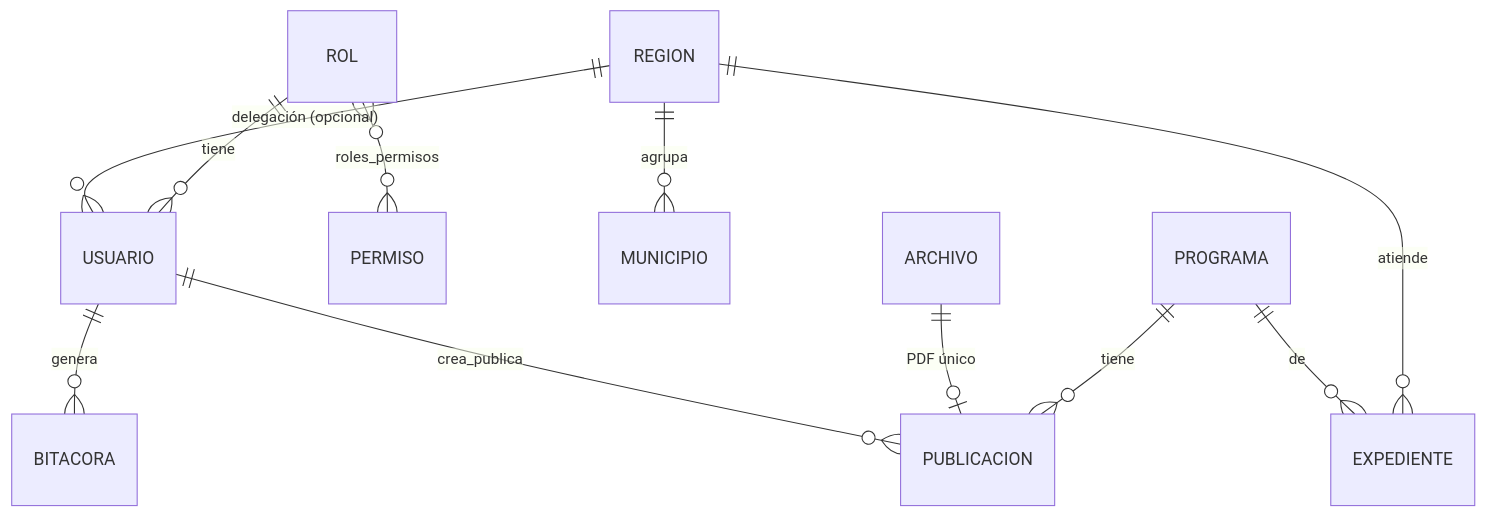
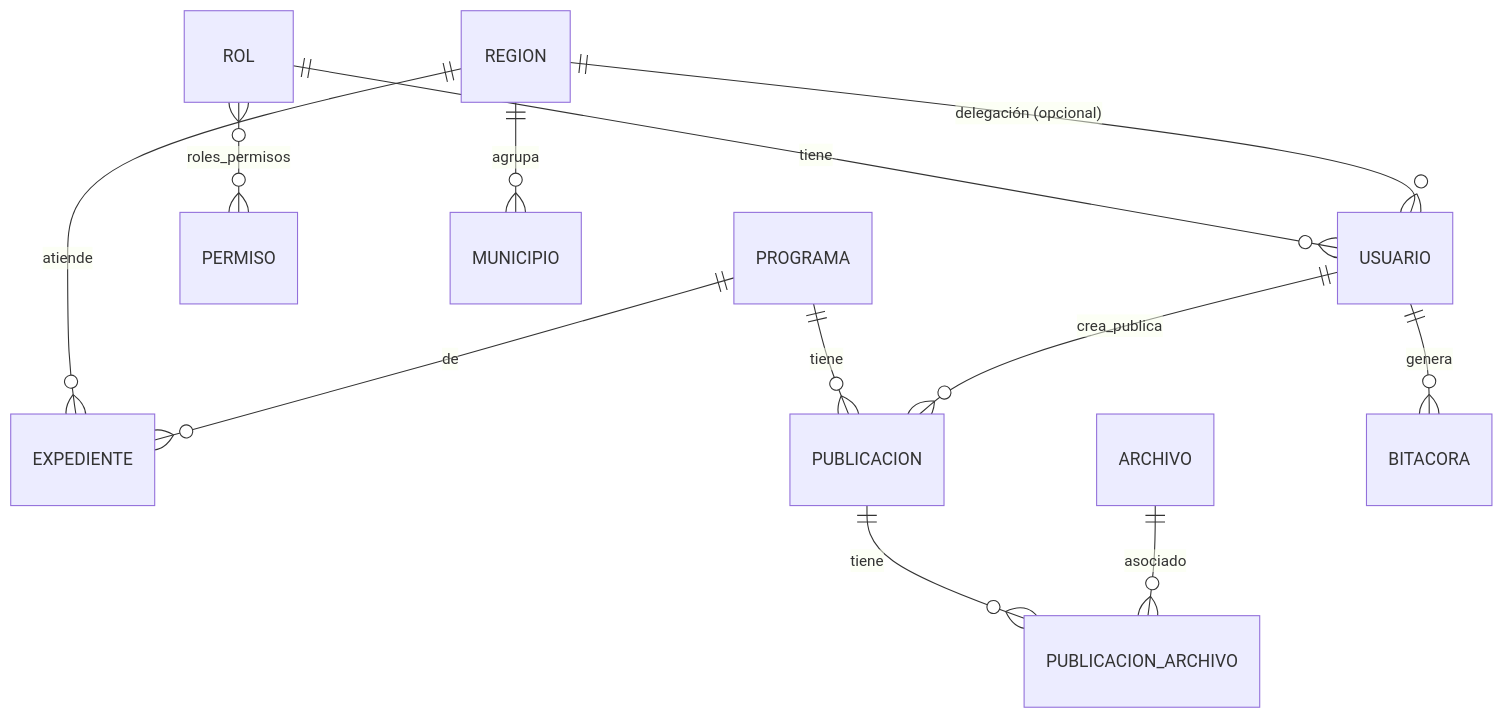
One commit to angelmvp/ProBosque_Sistema_Apoyos changed the diagram in docs/base-de-datos.md. Above: the diagram before and after it, drawn with Mermaid. The commit also changed other lines of this file and 53 other files, not shown here.

````diff
--- a/docs/base-de-datos.md
+++ b/docs/base-de-datos.md
@@ -5,13 +5,14 @@
 ```mermaid
 erDiagram
     ROL ||--o{ USUARIO : tiene
     ROL }o--o{ PERMISO : roles_permisos
     REGION ||--o{ USUARIO : "delegación (opcional)"
     REGION ||--o{ MUNICIPIO : agrupa
     REGION ||--o{ EXPEDIENTE : atiende
     PROGRAMA ||--o{ EXPEDIENTE : de
     PROGRAMA ||--o{ PUBLICACION : tiene
-    ARCHIVO ||--o| PUBLICACION : "PDF único"
+    PUBLICACION ||--o{ PUBLICACION_ARCHIVO : tiene
+    ARCHIVO ||--o{ PUBLICACION_ARCHIVO : asociado
     USUARIO ||--o{ PUBLICACION : crea_publica
     USUARIO ||--o{ BITACORA : genera
 ```
````
